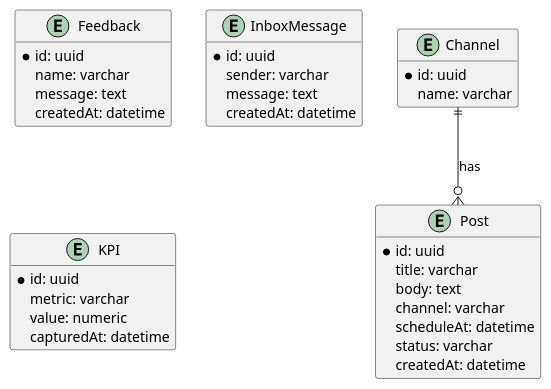
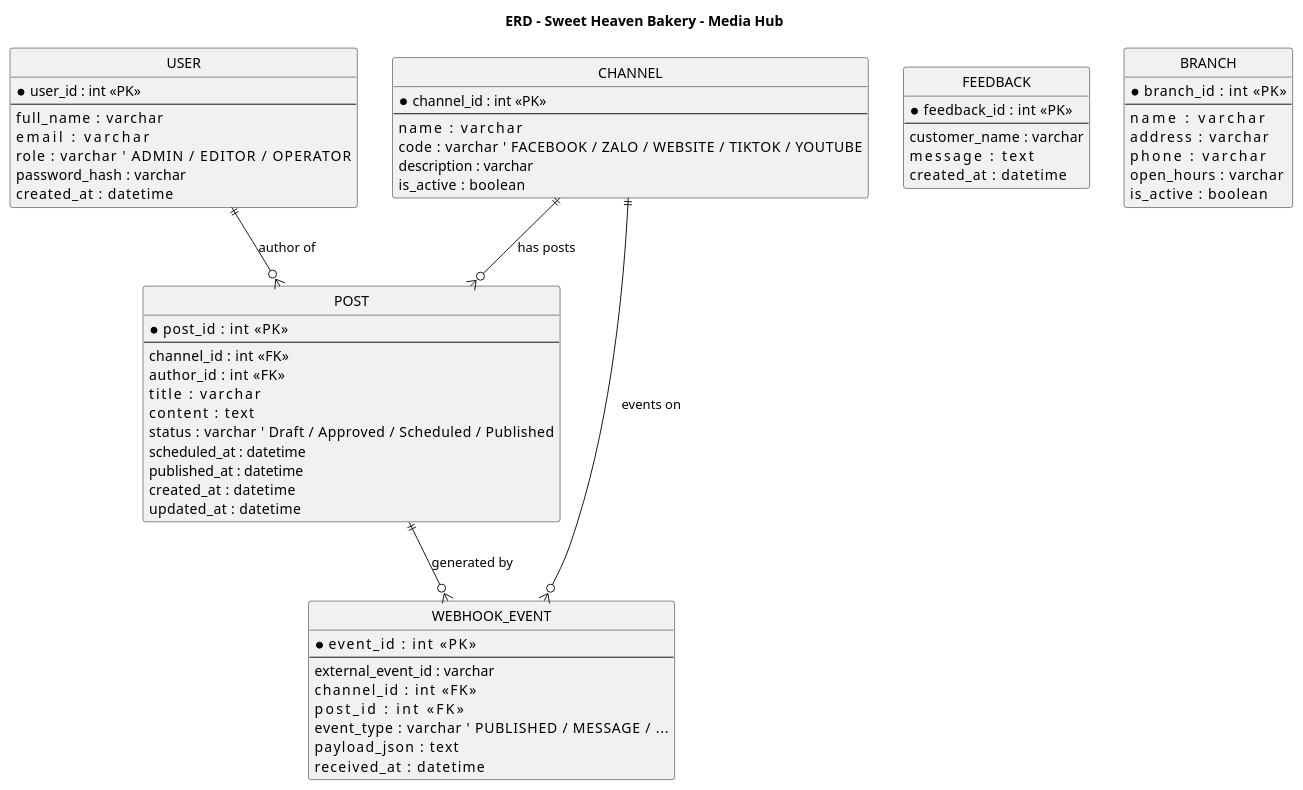
One commit to TuMaiNguyen/multichannel-sprint0 changed the diagram in docs/uml/erd.puml. Above: the diagram before and after it, drawn with PlantUML. The commit also changed 4 other files, not shown here.

Commit message:
Finish OpenAPI spec + verified with Swagger Editor

```diff
--- a/docs/uml/erd.puml
+++ b/docs/uml/erd.puml
@@ -1,42 +1,78 @@
 @startuml
-hide methods
-hide stereotypes
+title ERD - Sweet Heaven Bakery – Media Hub
 
-entity "Channel" as Channel {
-  *id: uuid
-  name: varchar
+hide circle
+skinparam entity {
+  BackgroundColor #FFFDF6
+  BorderColor #D9A441
 }
 
-entity "Post" as Post {
-  *id: uuid
-  title: varchar
-  body: text
-  channel: varchar
-  scheduleAt: datetime
-  status: varchar
-  createdAt: datetime
+entity "USER" as USER {
+  * user_id : int <<PK>>
+  --
+  full_name       : varchar
+  email           : varchar
+  role            : varchar  ' ADMIN / EDITOR / OPERATOR
+  password_hash   : varchar
+  created_at      : datetime
 }
 
-entity "Feedback" as Feedback {
-  *id: uuid
-  name: varchar
-  message: text
-  createdAt: datetime
+entity "CHANNEL" as CHANNEL {
+  * channel_id : int <<PK>>
+  --
+  name        : varchar
+  code        : varchar   ' FACEBOOK / ZALO / WEBSITE / TIKTOK / YOUTUBE
+  description : varchar
+  is_active   : boolean
 }
 
-entity "InboxMessage" as Inbox {
-  *id: uuid
-  sender: varchar
-  message: text
-  createdAt: datetime
+entity "POST" as POST {
+  * post_id     : int <<PK>>
+  --
+  channel_id   : int <<FK>>
+  author_id    : int <<FK>>
+  title        : varchar
+  content      : text
+  status       : varchar  ' Draft / Approved / Scheduled / Published
+  scheduled_at : datetime
+  published_at : datetime
+  created_at   : datetime
+  updated_at   : datetime
 }
 
-entity "KPI" as KPI {
-  *id: uuid
-  metric: varchar
-  value: numeric
-  capturedAt: datetime
+entity "WEBHOOK_EVENT" as WEBHOOK_EVENT {
+  * event_id         : int <<PK>>
+  --
+  external_event_id  : varchar
+  channel_id         : int <<FK>>
+  post_id            : int <<FK>>
+  event_type         : varchar   ' PUBLISHED / MESSAGE / ...
+  payload_json       : text
+  received_at        : datetime
 }
 
-Channel ||--o{ Post : has
+entity "FEEDBACK" as FEEDBACK {
+  * feedback_id   : int <<PK>>
+  --
+  customer_name   : varchar
+  message         : text
+  created_at      : datetime
+}
+
+entity "BRANCH" as BRANCH {
+  * branch_id     : int <<PK>>
+  --
+  name           : varchar
+  address        : varchar
+  phone          : varchar
+  open_hours     : varchar
+  is_active      : boolean
+}
+
+' Quan hệ
+USER ||--o{ POST : "author of"
+CHANNEL ||--o{ POST : "has posts"
+CHANNEL ||--o{ WEBHOOK_EVENT : "events on"
+POST ||--o{ WEBHOOK_EVENT : "generated by"
+
 @enduml
```
